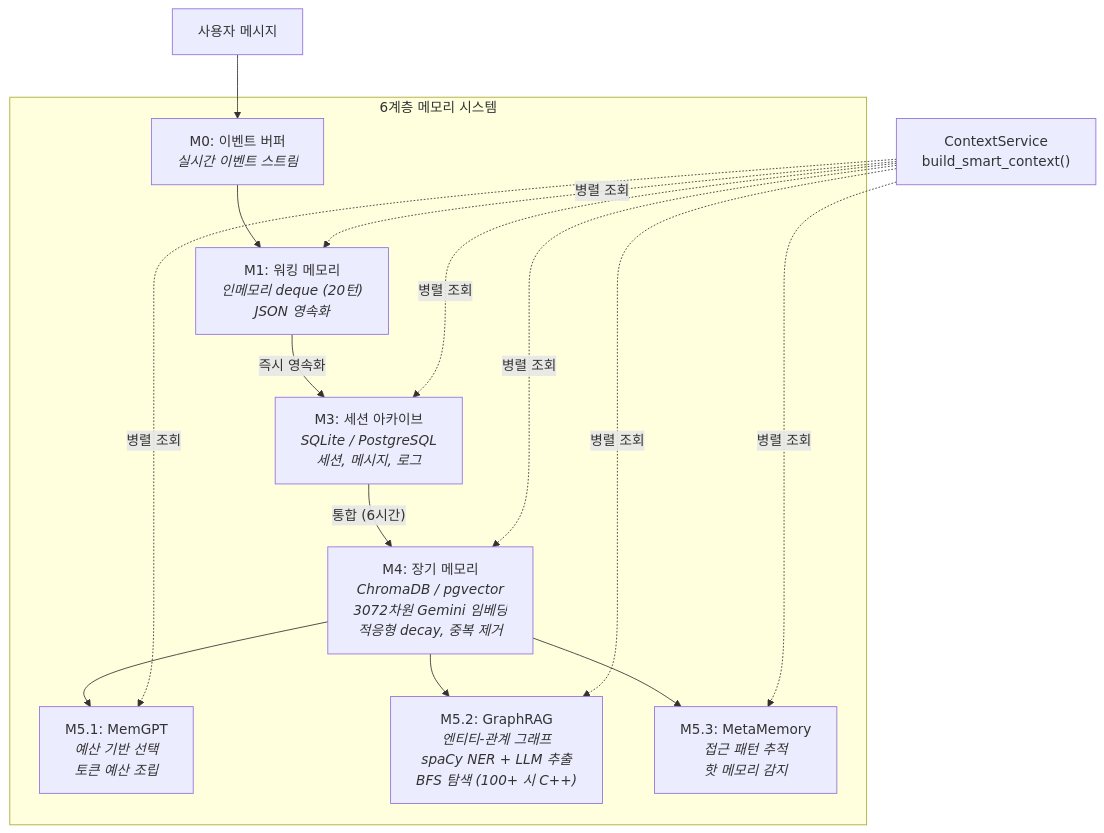
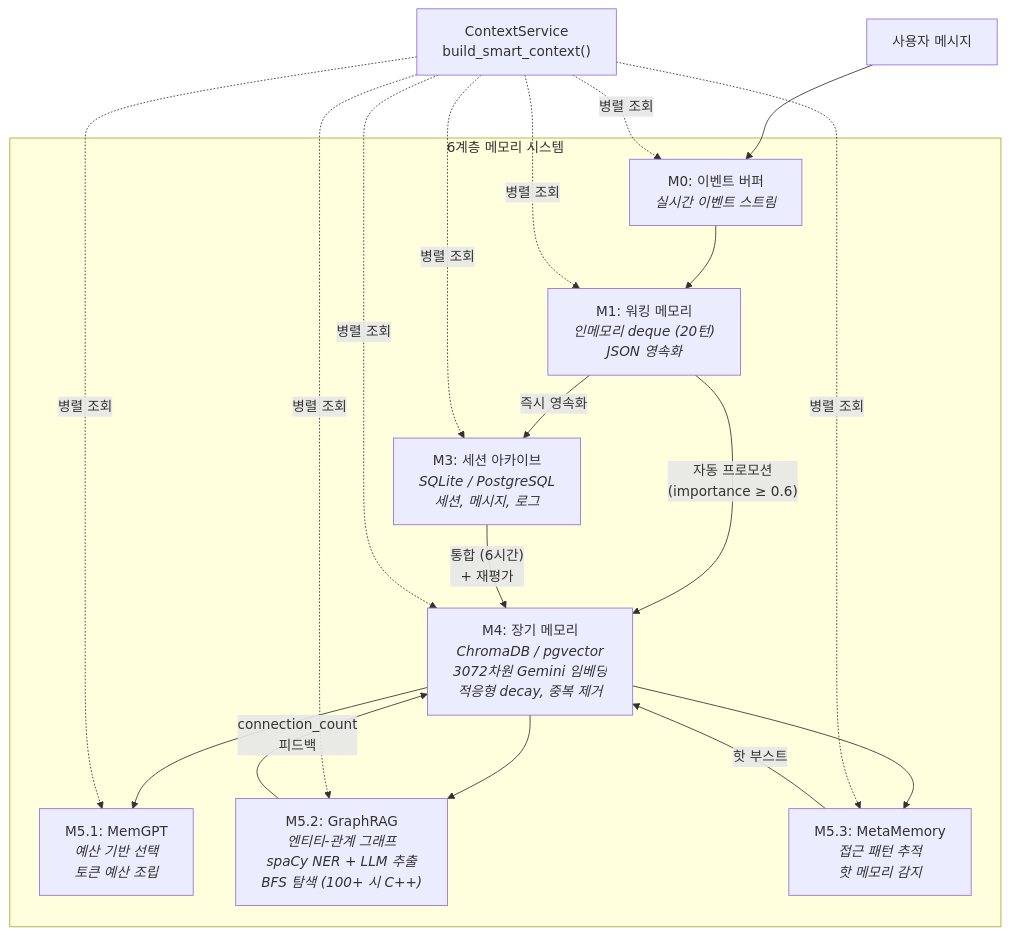
Before and after one commit to NorthProt-Inc/axel-backend: the sixth of 6 diagrams in README.md, drawn with Mermaid. The commit also changed other lines of this file, not shown here.

````diff
--- a/README.md
+++ b/README.md
@@ -837,24 +891,27 @@
 ```mermaid
 graph TB
     Input["사용자 메시지"] --> M0
 
     subgraph Memory["6계층 메모리 시스템"]
         M0["M0: 이벤트 버퍼<br/><i>실시간 이벤트 스트림</i>"]
         M1["M1: 워킹 메모리<br/><i>인메모리 deque (20턴)</i><br/><i>JSON 영속화</i>"]
         M3["M3: 세션 아카이브<br/><i>SQLite / PostgreSQL</i><br/><i>세션, 메시지, 로그</i>"]
         M4["M4: 장기 메모리<br/><i>ChromaDB / pgvector</i><br/><i>3072차원 Gemini 임베딩</i><br/><i>적응형 decay, 중복 제거</i>"]
 
         M51["M5.1: MemGPT<br/><i>예산 기반 선택</i><br/><i>토큰 예산 조립</i>"]
         M52["M5.2: GraphRAG<br/><i>엔티티-관계 그래프</i><br/><i>spaCy NER + LLM 추출</i><br/><i>BFS 탐색 (100+ 시 C++)</i>"]
         M53["M5.3: MetaMemory<br/><i>접근 패턴 추적</i><br/><i>핫 메모리 감지</i>"]
     end
 
     M0 --> M1
     M1 -->|"즉시 영속화"| M3
-    M3 -->|"통합 (6시간)"| M4
+    M1 -->|"자동 프로모션<br/>(importance ≥ 0.6)"| M4
+    M3 -->|"통합 (6시간)<br/>+ 재평가"| M4
     M4 --> M51
     M4 --> M52
     M4 --> M53
+    M52 -->|"connection_count<br/>피드백"| M4
+    M53 -->|"핫 부스트"| M4
 
-    Context["ContextService<br/>build_smart_context()"] -.->|"병렬 조회"| M1 & M3 & M4 & M51 & M52 & M53
+    Context["ContextService<br/>build_smart_context()"] -.->|"병렬 조회"| M0 & M1 & M3 & M4 & M51 & M52 & M53
 ```
````
